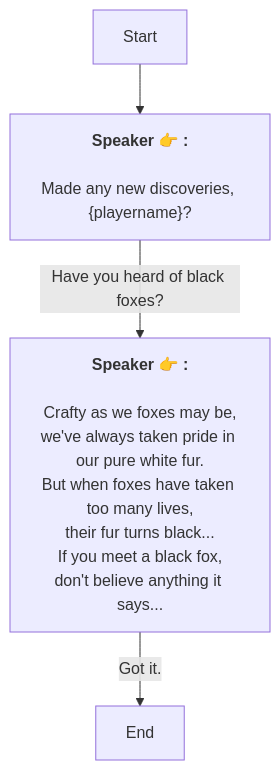
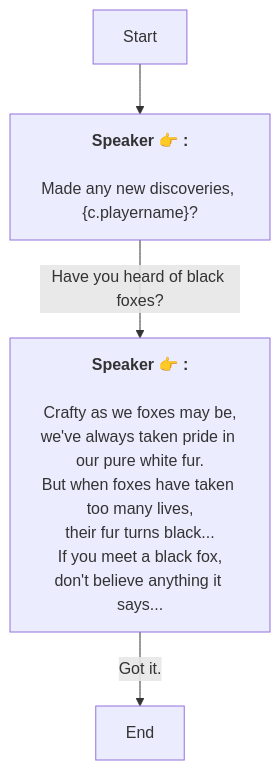
The diagram in En/QuestTalkObjectiveNode_1761996296966827.md (SoftHu/tos_avg), drawn with Mermaid before and after one commit. The commit also changed 410 other files, not shown here.

````diff
--- a/En/QuestTalkObjectiveNode_1761996296966827.md
+++ b/En/QuestTalkObjectiveNode_1761996296966827.md
@@ -1,12 +1,12 @@
 ```mermaid
 graph
 Start -->1761996905918126[<b>Speaker 👉 :</b>
-\nMade any new discoveries, &lbrace;playername&rbrace;?]
+\nMade any new discoveries, &lbrace;c.playername&rbrace;?]
 1761996905918126 -->|Have you heard of black foxes?|1761996951600820[<b>Speaker 👉 :</b>
 \nCrafty as we foxes may be,
 we've always taken pride in our pure white fur.\nBut when foxes have taken too many lives,
 their fur turns black...\nIf you meet a black fox,
 don't believe anything it says...]
 1761996951600820 -->|Got it.|1761997069046461[End]
 
 ```
````
